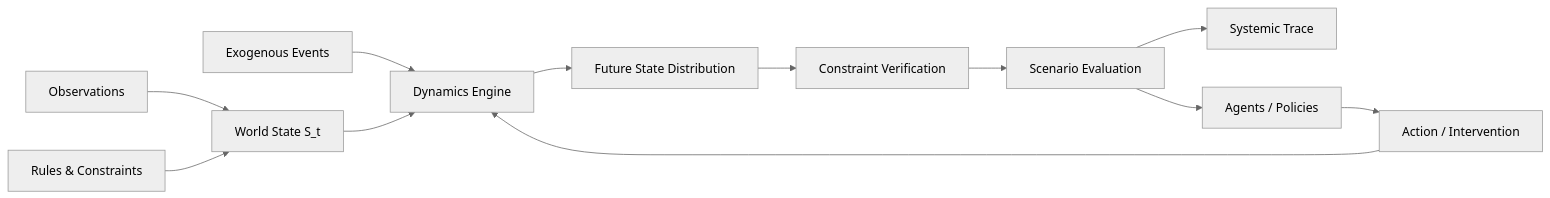
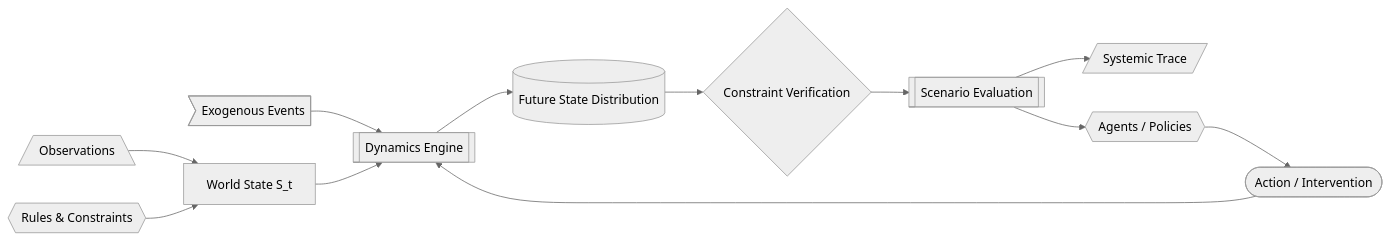
One commit to vfcarida/Enterprise-World-Model-Engine changed the first of 2 diagrams in README.md. Above: the diagram before and after it, drawn with Mermaid (neutral theme). The commit also changed other lines of this file and 9 other files, not shown here.

````diff
--- a/README.md
+++ b/README.md
@@ -127,14 +164,17 @@
 ```mermaid
 flowchart LR
-    OBS["Observations"] --> STATE["World State S_t"]
-    RULES["Rules & Constraints"] --> STATE
-    EVENTS["Exogenous Events"] --> ENGINE["Dynamics Engine"]
+    accTitle: Enterprise World Model Engine Architecture Dataflow
+    accDescr: End-to-end dataflow illustrating how state observations and constraints feed into the core dynamics engine alongside candidate actions and exogenous shocks, generating future state distributions that pass through constraint verification and scenario evaluation to produce systemic traces.
+
+    OBS[/"Observations"\] --> STATE["World State S_t"]
+    RULES{{"Rules & Constraints"}} --> STATE
+    EVENTS>Exogenous Events] --> ENGINE[["Dynamics Engine"]]
     STATE --> ENGINE
-    ACTION["Action / Intervention"] --> ENGINE
-    ENGINE --> FUTURE["Future State Distribution"]
-    FUTURE --> VERIFY["Constraint Verification"]
-    VERIFY --> EVAL["Scenario Evaluation"]
-    EVAL --> TRACE["Systemic Trace"]
-    AGENTS["Agents / Policies"] --> ACTION
+    ACTION(["Action / Intervention"]) --> ENGINE
+    ENGINE --> FUTURE[("Future State Distribution")]
+    FUTURE --> VERIFY{"Constraint Verification"}
+    VERIFY --> EVAL[["Scenario Evaluation"]]
+    EVAL --> TRACE[/"Systemic Trace"/]
+    AGENTS{{"Agents / Policies"}} --> ACTION
     EVAL --> AGENTS
 ```
````
